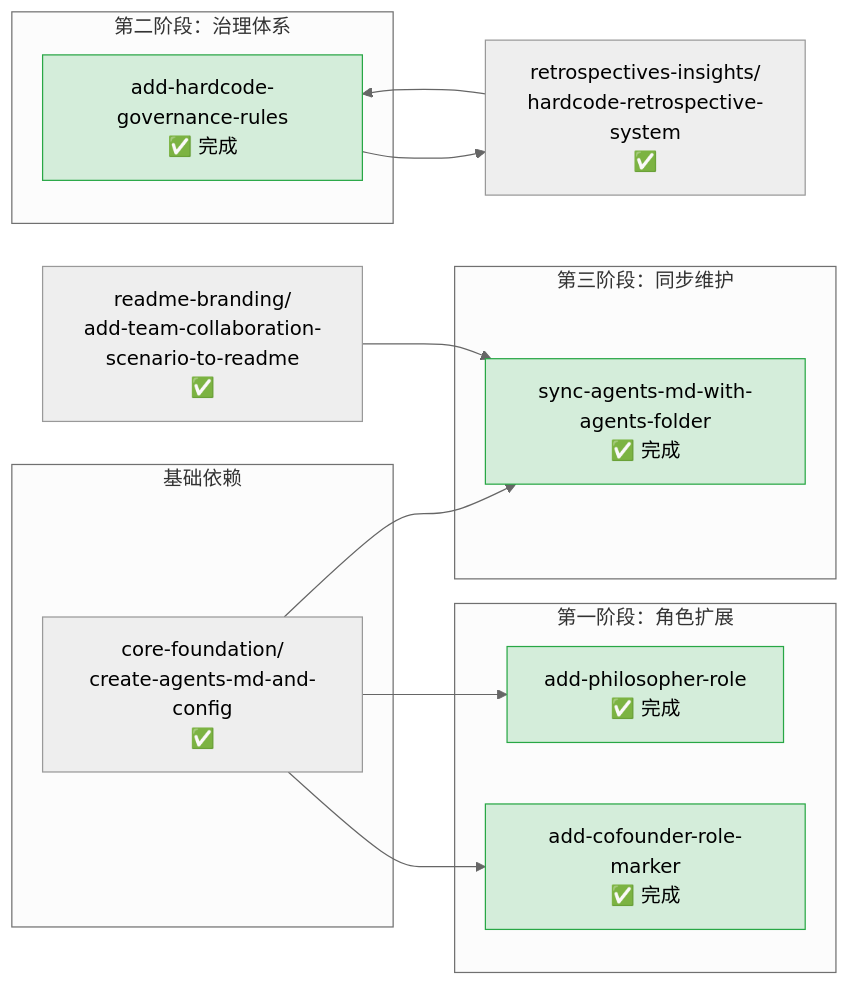
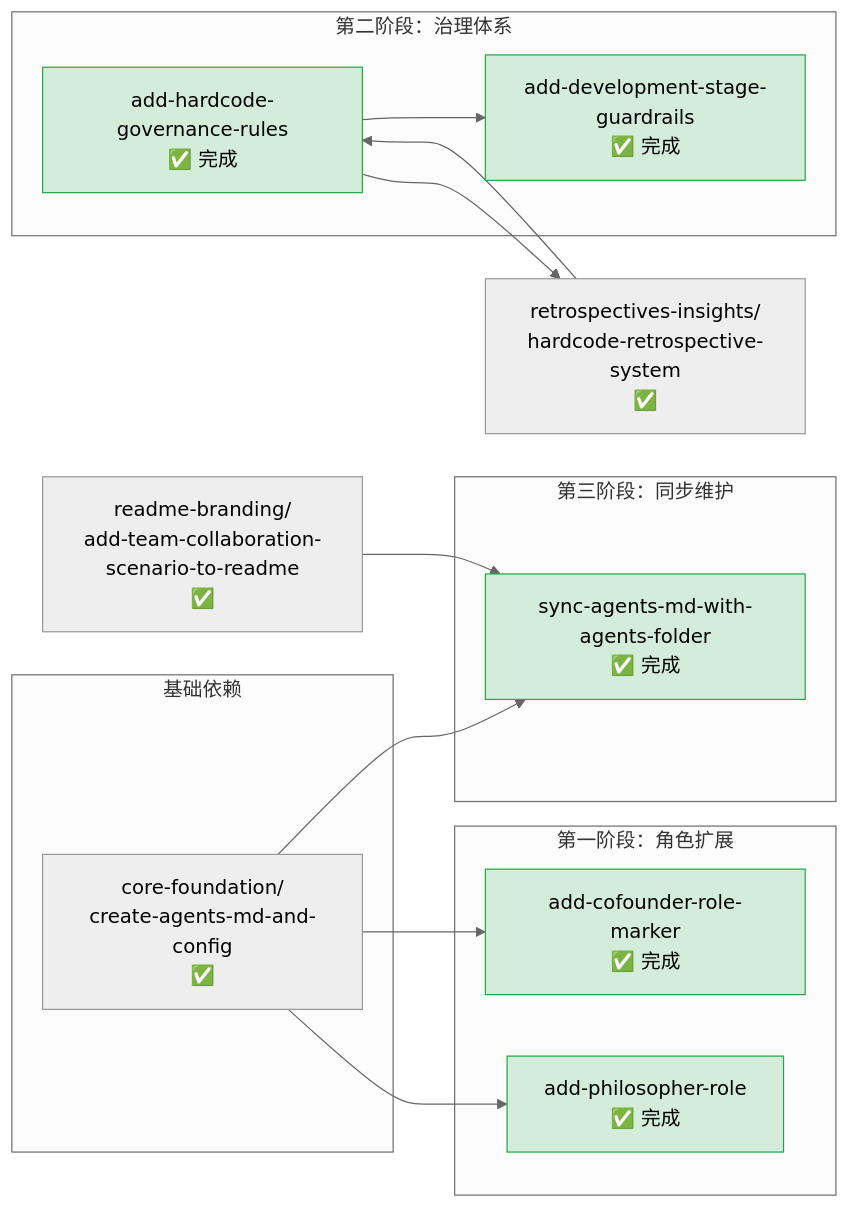
Before and after one commit to xinetzone/SpecWeave: the diagram in .trae/specs/roles-governance/README.md, drawn with Mermaid (neutral theme). The commit also changed other lines of this file and 15 other files, not shown here.

````diff
--- a/.trae/specs/roles-governance/README.md
+++ b/.trae/specs/roles-governance/README.md
@@ -24,28 +25,31 @@
 ```mermaid
 flowchart LR
     subgraph S0 ["基础依赖"]
         CA[core-foundation/<br>create-agents-md-and-config<br>✅]
     end
     subgraph S1 ["第一阶段：角色扩展"]
         ACM["add-cofounder-role-marker<br>✅ 完成"]
         APH["add-philosopher-role<br>✅ 完成"]
     end
     subgraph S2 ["第二阶段：治理体系"]
         AHGR["add-hardcode-governance-rules<br>✅ 完成"]
+        ADSG["add-development-stage-guardrails<br>✅ 完成"]
     end
     subgraph S3 ["第三阶段：同步维护"]
         SAM["sync-agents-md-with-agents-folder<br>✅ 完成"]
     end
     HRS[retrospectives-insights/<br>hardcode-retrospective-system<br>✅]
     ATCS[readme-branding/<br>add-team-collaboration-scenario-to-readme<br>✅]
     CA --> ACM
     CA --> APH
     AHGR --> HRS
     HRS --> AHGR
+    AHGR --> ADSG
     CA --> SAM
     ATCS --> SAM
     style ACM fill:#d4edda,stroke:#28a745
     style APH fill:#d4edda,stroke:#28a745
     style AHGR fill:#d4edda,stroke:#28a745
+    style ADSG fill:#d4edda,stroke:#28a745
     style SAM fill:#d4edda,stroke:#28a745
 ```
````
